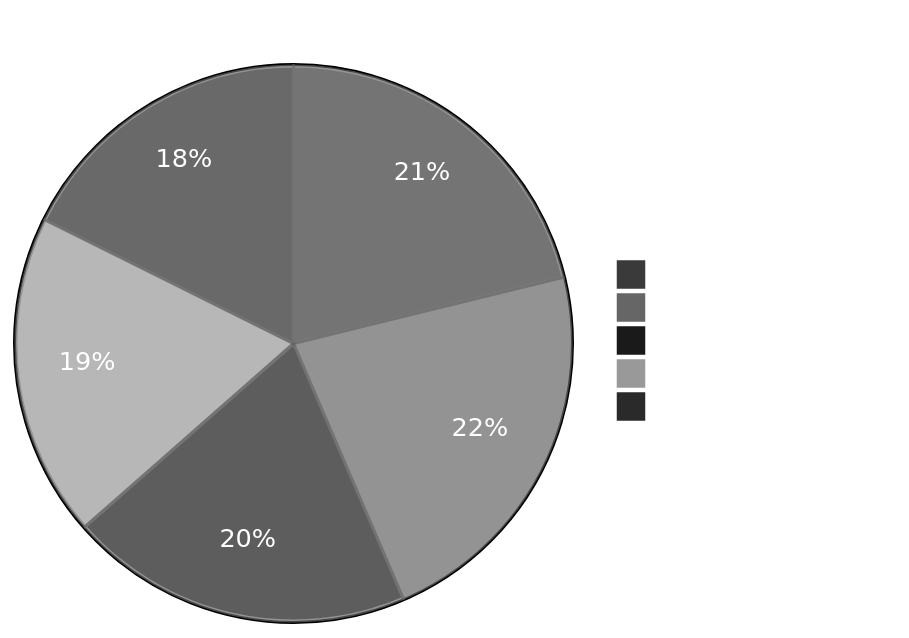
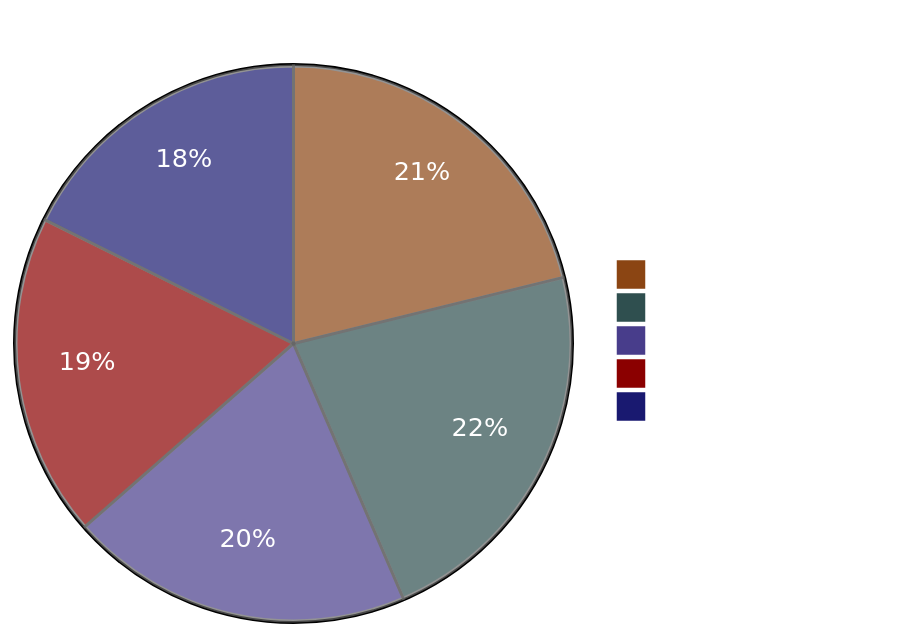
One commit to mbhatt1/agentic_lpci_framework changed the fourth of 7 diagrams in lpci_output/LPCI_ANALYSIS_REPORT.md. Above: the diagram before and after it, drawn with Mermaid. The commit also changed 2 other files, not shown here.

Commit message:
Add gpt results

````diff
--- a/lpci_output/LPCI_ANALYSIS_REPORT.md
+++ b/lpci_output/LPCI_ANALYSIS_REPORT.md
@@ -201,25 +201,25 @@
 ```mermaid
 %%{init: {
   'theme': 'base',
   'themeVariables': {
-    'pie1': '#3a3a3a',
-    'pie2': '#666666',
-    'pie3': '#1a1a1a',
-    'pie4': '#999999',
-    'pie5': '#2a2a2a',
+    'pie1': '#8B4513',
+    'pie2': '#2F4F4F',
+    'pie3': '#483D8B',
+    'pie4': '#8B0000',
+    'pie5': '#191970',
     'pieOuterLabelColor': '#ffffff',
     'pieLegendTextColor': '#ffffff',
     'pieSectionTextColor': '#ffffff',
     'pieStrokeColor': '#666666',
     'pieStrokeWidth': '2px',
     'pieTitleTextSize': '20px',
     'pieTitleTextColor': '#ffffff'
   }
 }}%%
 pie title "Tool Compromise Distribution"
     "File Manager" : 90
     "Authenticator" : 95
     "Payment Processor" : 85
     "Data Exporter" : 80
     "System Monitor" : 75
 ```
````
